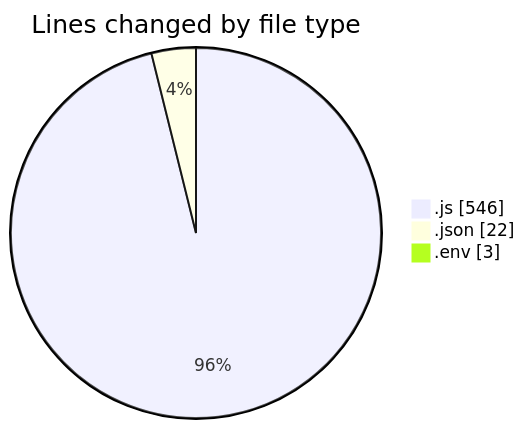
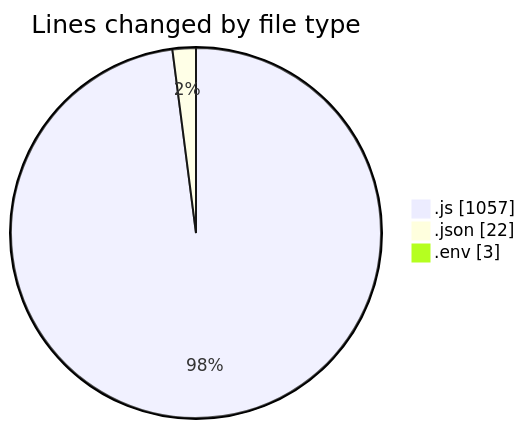
The first of 2 diagrams in 2025-07-19/eduwallet-main/README.md (lephambinh05/code-tracking), drawn with Mermaid before and after one commit. The commit also changed other lines of this file and 1 other file, not shown here.

````diff
--- a/2025-07-19/eduwallet-main/README.md
+++ b/2025-07-19/eduwallet-main/README.md
@@ -30,7 +31,7 @@
 ```mermaid
 pie showData
 title Lines changed by file type
-".js" : 546
+".js" : 1057
 ".json" : 22
 ".env" : 3
 ```
````
